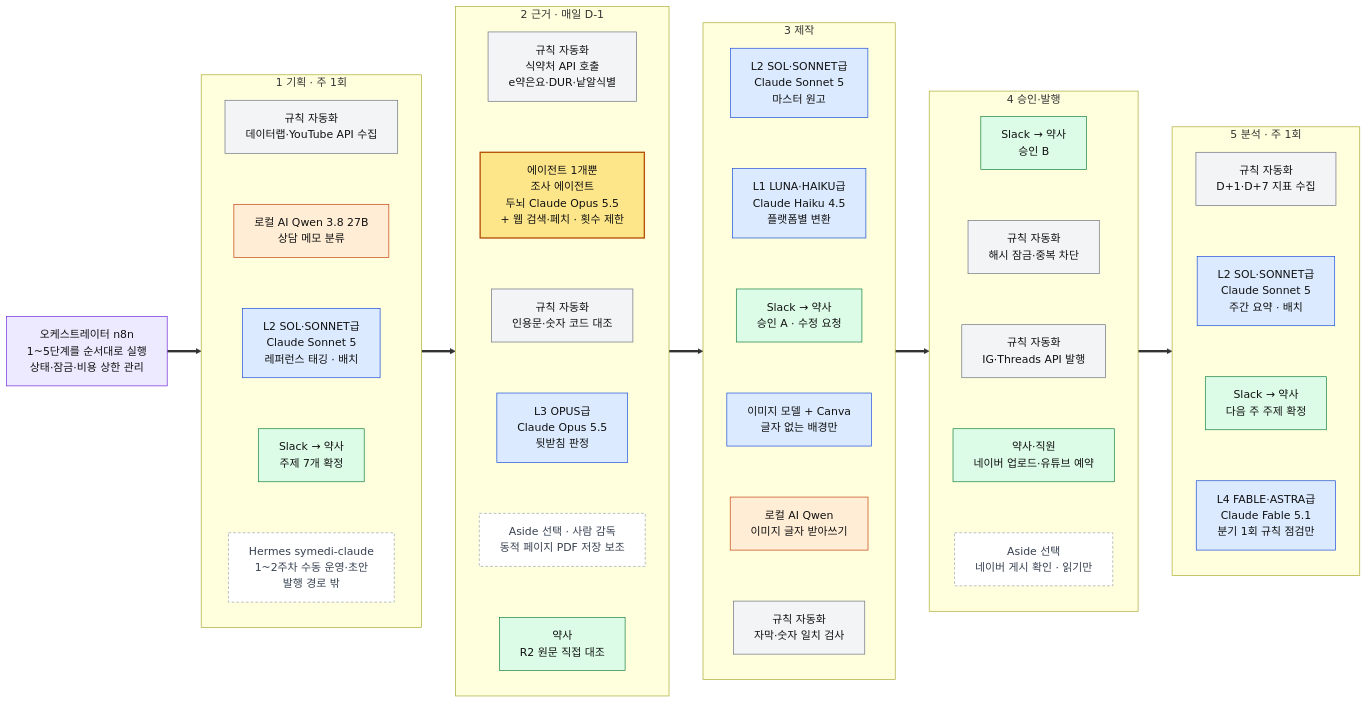
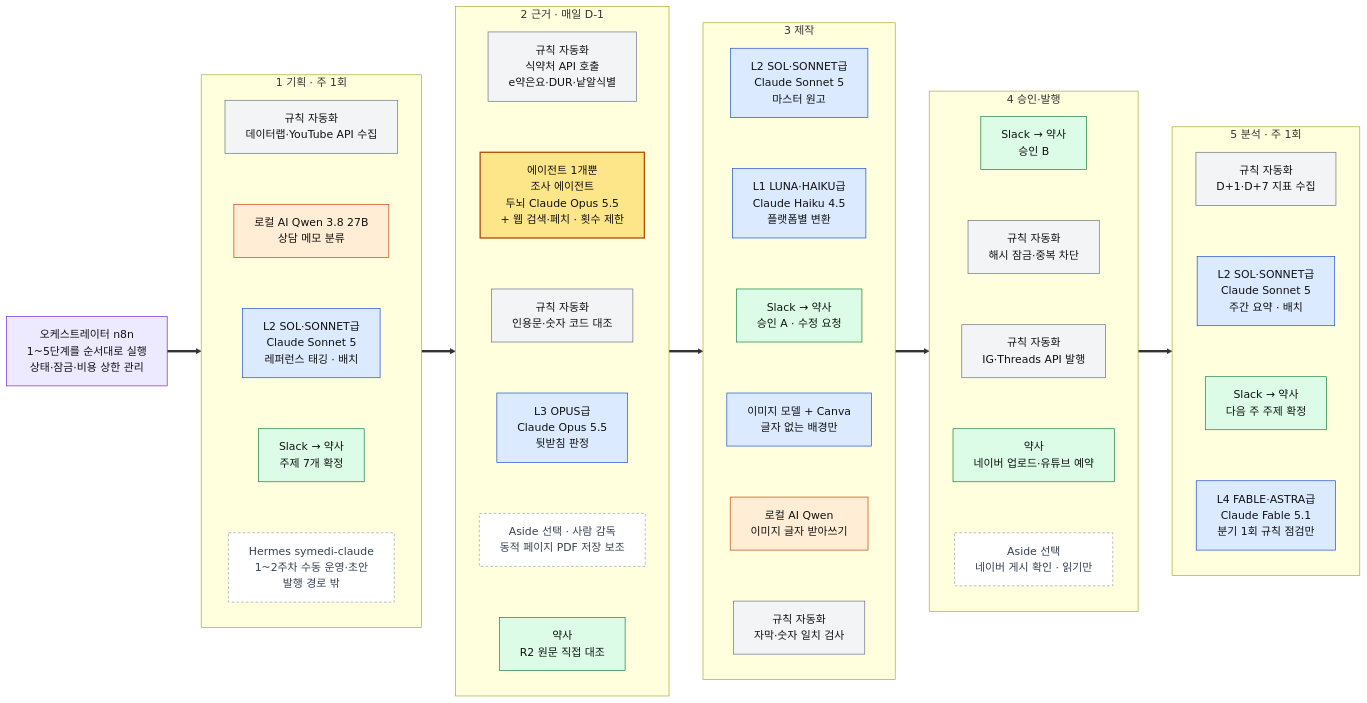
Before and after one commit to wsh7254-cloud/SY-Medi: the second of 7 diagrams in docs/content-system-design.md, drawn with Mermaid. The commit also changed other lines of this file, not shown here.

````diff
--- a/docs/content-system-design.md
+++ b/docs/content-system-design.md
@@ -228,59 +237,59 @@
 ```mermaid
 flowchart LR
     ORC["오케스트레이터 n8n<br/>1~5단계를 순서대로 실행<br/>상태·잠금·비용 상한 관리"]:::orc
     subgraph P1["1 기획 · 주 1회"]
         direction TB
         a2["규칙 자동화<br/>데이터랩·YouTube API 수집"]:::rule
         a3["로컬 AI Qwen 3.8 27B<br/>상담 메모 분류"]:::local
         a4["L2 SOL·SONNET급<br/>Claude Sonnet 5<br/>레퍼런스 태깅 · 배치"]:::cloud
         a5["Slack → 약사<br/>주제 7개 확정"]:::human
         a6["Hermes symedi-claude<br/>1~2주차 수동 운영·초안<br/>발행 경로 밖"]:::outside
         a2 ~~~ a3 ~~~ a4 ~~~ a5 ~~~ a6
     end
     subgraph P2["2 근거 · 매일 D-1"]
         direction TB
         b1["규칙 자동화<br/>식약처 API 호출<br/>e약은요·DUR·낱알식별"]:::rule
         b2["에이전트 1개뿐<br/>조사 에이전트<br/>두뇌 Claude Opus 5.5<br/>+ 웹 검색·페치 · 횟수 제한"]:::agent
         b3["규칙 자동화<br/>인용문·숫자 코드 대조"]:::rule
         b4["L3 OPUS급<br/>Claude Opus 5.5<br/>뒷받침 판정"]:::cloud
         b5["Aside 선택 · 사람 감독<br/>동적 페이지 PDF 저장 보조"]:::outside
         b6["약사<br/>R2 원문 직접 대조"]:::human
         b1 ~~~ b2 ~~~ b3 ~~~ b4 ~~~ b5 ~~~ b6
     end
     subgraph P3["3 제작"]
         direction TB
         c1["L2 SOL·SONNET급<br/>Claude Sonnet 5<br/>마스터 원고"]:::cloud
         c2["L1 LUNA·HAIKU급<br/>Claude Haiku 4.5<br/>플랫폼별 변환"]:::cloud
         c3["Slack → 약사<br/>승인 A · 수정 요청"]:::human
         c4["이미지 모델 + Canva<br/>글자 없는 배경만"]:::cloud
         c5["로컬 AI Qwen<br/>이미지 글자 받아쓰기"]:::local
         c6["규칙 자동화<br/>자막·숫자 일치 검사"]:::rule
         c1 ~~~ c2 ~~~ c3 ~~~ c4 ~~~ c5 ~~~ c6
     end
     subgraph P4["4 승인·발행"]
         direction TB
         d1["Slack → 약사<br/>승인 B"]:::human
         d2["규칙 자동화<br/>해시 잠금·중복 차단"]:::rule
         d3["규칙 자동화<br/>IG·Threads API 발행"]:::rule
-        d4["약사·직원<br/>네이버 업로드·유튜브 예약"]:::human
+        d4["약사<br/>네이버 업로드·유튜브 예약"]:::human
         d5["Aside 선택<br/>네이버 게시 확인 · 읽기만"]:::outside
         d1 ~~~ d2 ~~~ d3 ~~~ d4 ~~~ d5
     end
     subgraph P5["5 분석 · 주 1회"]
         direction TB
         e1["규칙 자동화<br/>D+1·D+7 지표 수집"]:::rule
         e2["L2 SOL·SONNET급<br/>Claude Sonnet 5<br/>주간 요약 · 배치"]:::cloud
         e3["Slack → 약사<br/>다음 주 주제 확정"]:::human
         e4["L4 FABLE·ASTRA급<br/>Claude Fable 5.1<br/>분기 1회 규칙 점검만"]:::cloud
         e1 ~~~ e2 ~~~ e3 ~~~ e4
     end
     ORC ==> P1 ==> P2 ==> P3 ==> P4 ==> P5
 
     classDef orc fill:#ede9fe,stroke:#6d28d9,color:#111
     classDef rule fill:#f3f4f6,stroke:#6b7280,color:#111
     classDef cloud fill:#dbeafe,stroke:#1d4ed8,color:#111
     classDef agent fill:#fde68a,stroke:#b45309,color:#111,stroke-width:2px
     classDef local fill:#ffedd5,stroke:#c2410c,color:#111
     classDef human fill:#dcfce7,stroke:#15803d,color:#111
     classDef outside fill:#ffffff,stroke:#9ca3af,color:#374151,stroke-dasharray:4 3
 ```
````
